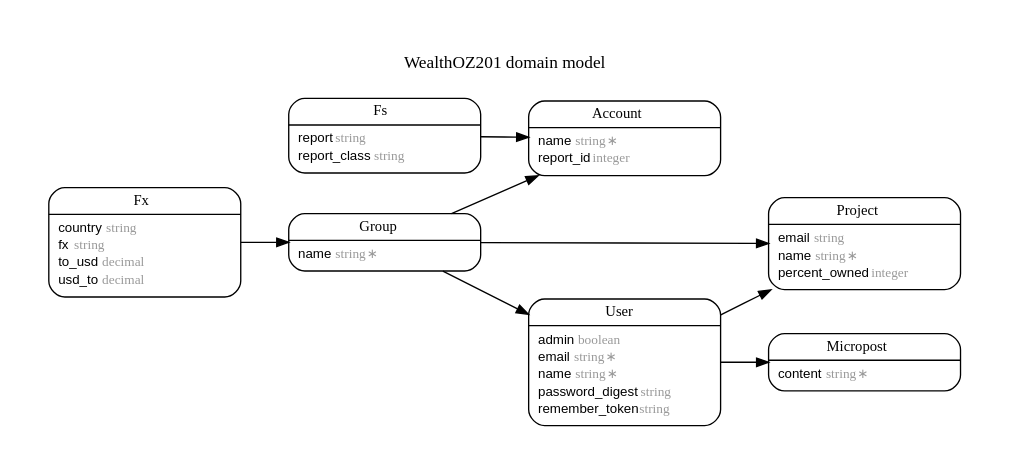
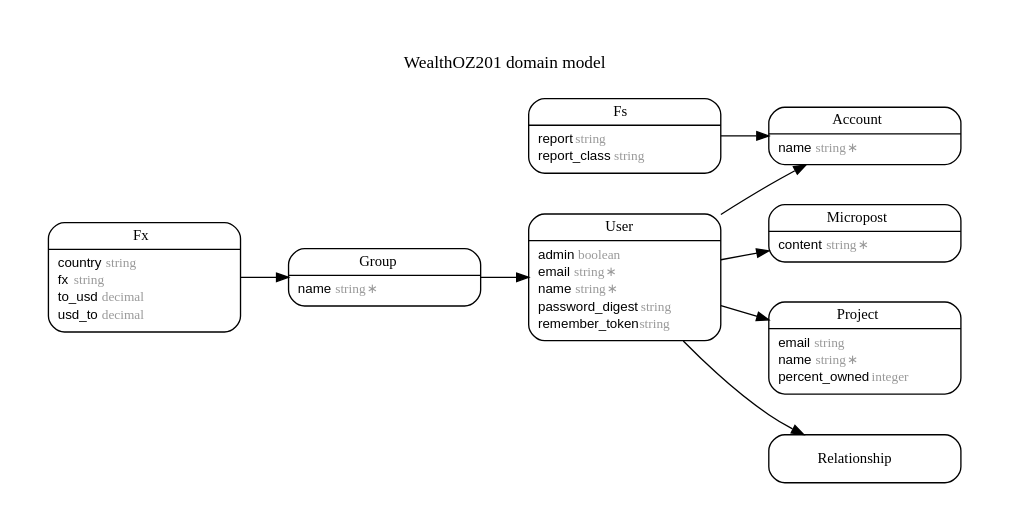
One commit to wealthoz/wealthoz.com changed the diagram in erd.dot. Above: the diagram before and after it, drawn with Graphviz. The commit also changed 13 other files, not shown here.

```diff
--- a/erd.dot
+++ b/erd.dot
@@ -1,88 +1,92 @@
 digraph WealthOZ201 {
 rankdir = "LR";
 ranksep = "0.5";
 nodesep = "0.4";
 pad = "0.4,0.4";
 margin = "0,0";
 concentrate = "true";
 labelloc = "t";
 fontsize = "13";
 fontname = "Arial Bold";
 node[ shape  =  "Mrecord" , fontsize  =  "10" , fontname  =  "Arial" , margin  =  "0.07,0.05" , penwidth  =  "1.0"];
 edge[ fontname  =  "Arial" , fontsize  =  "7" , dir  =  "both" , arrowsize  =  "0.9" , penwidth  =  "1.0" , labelangle  =  "32" , labeldistance  =  "1.8"];
 label = "WealthOZ201 domain model\n\n";
 m_Account [label = <<table border="0" align="center" cellspacing="0.5" cellpadding="0" width="134">
   <tr><td align="center" valign="bottom" width="130"><font face="Arial Bold" point-size="11">Account</font></td></tr>
 </table>
 |
 <table border="0" align="left" cellspacing="2" cellpadding="0" width="134">
   <tr><td align="left" width="130" port="name">name <font face="Arial Italic" color="grey60">string ∗</font></td></tr>
-  <tr><td align="left" width="130" port="report_id">report_id <font face="Arial Italic" color="grey60">integer</font></td></tr>
 </table>
 >];
 m_Fs [label = <<table border="0" align="center" cellspacing="0.5" cellpadding="0" width="134">
   <tr><td align="center" valign="bottom" width="130"><font face="Arial Bold" point-size="11">Fs</font></td></tr>
 </table>
 |
 <table border="0" align="left" cellspacing="2" cellpadding="0" width="134">
   <tr><td align="left" width="130" port="report">report <font face="Arial Italic" color="grey60">string</font></td></tr>
   <tr><td align="left" width="130" port="report_class">report_class <font face="Arial Italic" color="grey60">string</font></td></tr>
 </table>
 >];
 m_Fx [label = <<table border="0" align="center" cellspacing="0.5" cellpadding="0" width="134">
   <tr><td align="center" valign="bottom" width="130"><font face="Arial Bold" point-size="11">Fx</font></td></tr>
 </table>
 |
 <table border="0" align="left" cellspacing="2" cellpadding="0" width="134">
   <tr><td align="left" width="130" port="country">country <font face="Arial Italic" color="grey60">string</font></td></tr>
   <tr><td align="left" width="130" port="fx">fx <font face="Arial Italic" color="grey60">string</font></td></tr>
   <tr><td align="left" width="130" port="to_usd">to_usd <font face="Arial Italic" color="grey60">decimal</font></td></tr>
   <tr><td align="left" width="130" port="usd_to">usd_to <font face="Arial Italic" color="grey60">decimal</font></td></tr>
 </table>
 >];
 m_Group [label = <<table border="0" align="center" cellspacing="0.5" cellpadding="0" width="134">
   <tr><td align="center" valign="bottom" width="130"><font face="Arial Bold" point-size="11">Group</font></td></tr>
 </table>
 |
 <table border="0" align="left" cellspacing="2" cellpadding="0" width="134">
   <tr><td align="left" width="130" port="name">name <font face="Arial Italic" color="grey60">string ∗</font></td></tr>
 </table>
 >];
 m_Micropost [label = <<table border="0" align="center" cellspacing="0.5" cellpadding="0" width="134">
   <tr><td align="center" valign="bottom" width="130"><font face="Arial Bold" point-size="11">Micropost</font></td></tr>
 </table>
 |
 <table border="0" align="left" cellspacing="2" cellpadding="0" width="134">
   <tr><td align="left" width="130" port="content">content <font face="Arial Italic" color="grey60">string ∗</font></td></tr>
 </table>
 >];
 m_Project [label = <<table border="0" align="center" cellspacing="0.5" cellpadding="0" width="134">
   <tr><td align="center" valign="bottom" width="130"><font face="Arial Bold" point-size="11">Project</font></td></tr>
 </table>
 |
 <table border="0" align="left" cellspacing="2" cellpadding="0" width="134">
   <tr><td align="left" width="130" port="email">email <font face="Arial Italic" color="grey60">string</font></td></tr>
   <tr><td align="left" width="130" port="name">name <font face="Arial Italic" color="grey60">string ∗</font></td></tr>
   <tr><td align="left" width="130" port="percent_owned">percent_owned <font face="Arial Italic" color="grey60">integer</font></td></tr>
 </table>
 >];
+m_Relationship [label = <<table border="0" align="center" cellspacing="0.5" cellpadding="0" width="134">
+  <tr><td align="center" valign="bottom" width="130"><font face="Arial Bold" point-size="11">Relationship</font></td></tr>
+</table>
+>];
 m_User [label = <<table border="0" align="center" cellspacing="0.5" cellpadding="0" width="134">
   <tr><td align="center" valign="bottom" width="130"><font face="Arial Bold" point-size="11">User</font></td></tr>
 </table>
 |
 <table border="0" align="left" cellspacing="2" cellpadding="0" width="134">
   <tr><td align="left" width="130" port="admin">admin <font face="Arial Italic" color="grey60">boolean</font></td></tr>
   <tr><td align="left" width="130" port="email">email <font face="Arial Italic" color="grey60">string ∗</font></td></tr>
   <tr><td align="left" width="130" port="name">name <font face="Arial Italic" color="grey60">string ∗</font></td></tr>
   <tr><td align="left" width="130" port="password_digest">password_digest <font face="Arial Italic" color="grey60">string</font></td></tr>
   <tr><td align="left" width="130" port="remember_token">remember_token <font face="Arial Italic" color="grey60">string</font></td></tr>
 </table>
 >];
-  m_Group -> m_Account [arrowhead = "normal", arrowtail = "none", weight = "2"];
+  m_User -> m_Account [arrowhead = "normal", arrowtail = "none", weight = "2"];
   m_Fs -> m_Account [arrowhead = "normal", arrowtail = "none", weight = "2"];
   m_Fx -> m_Group [arrowhead = "normal", arrowtail = "none", weight = "2"];
   m_Group -> m_User [arrowhead = "normal", arrowtail = "none", weight = "2"];
-  m_Group -> m_Project [arrowhead = "normal", arrowtail = "none", weight = "2"];
   m_User -> m_Micropost [arrowhead = "normal", arrowtail = "none", weight = "2"];
   m_User -> m_Project [arrowhead = "normal", arrowtail = "none", weight = "2"];
+  m_User -> m_Relationship [arrowhead = "normal", arrowtail = "none", weight = "1"];
+  m_User -> m_Relationship [arrowhead = "normal", arrowtail = "none", weight = "1"];
 }
```
